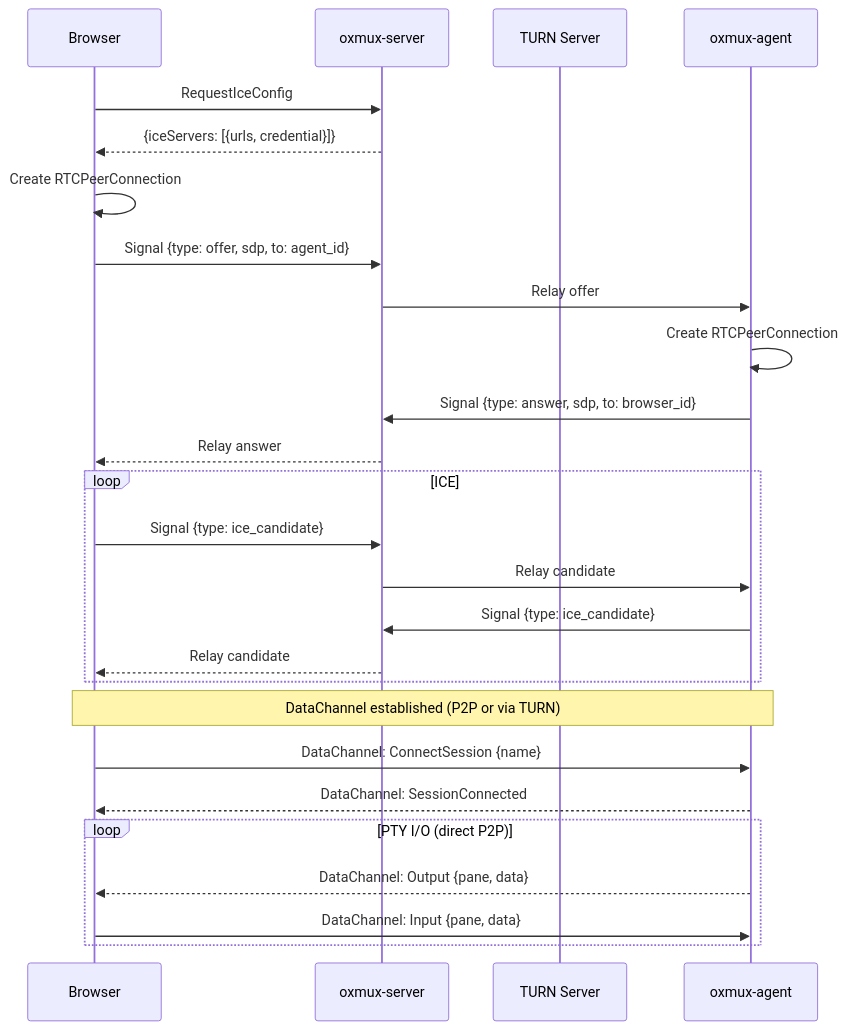
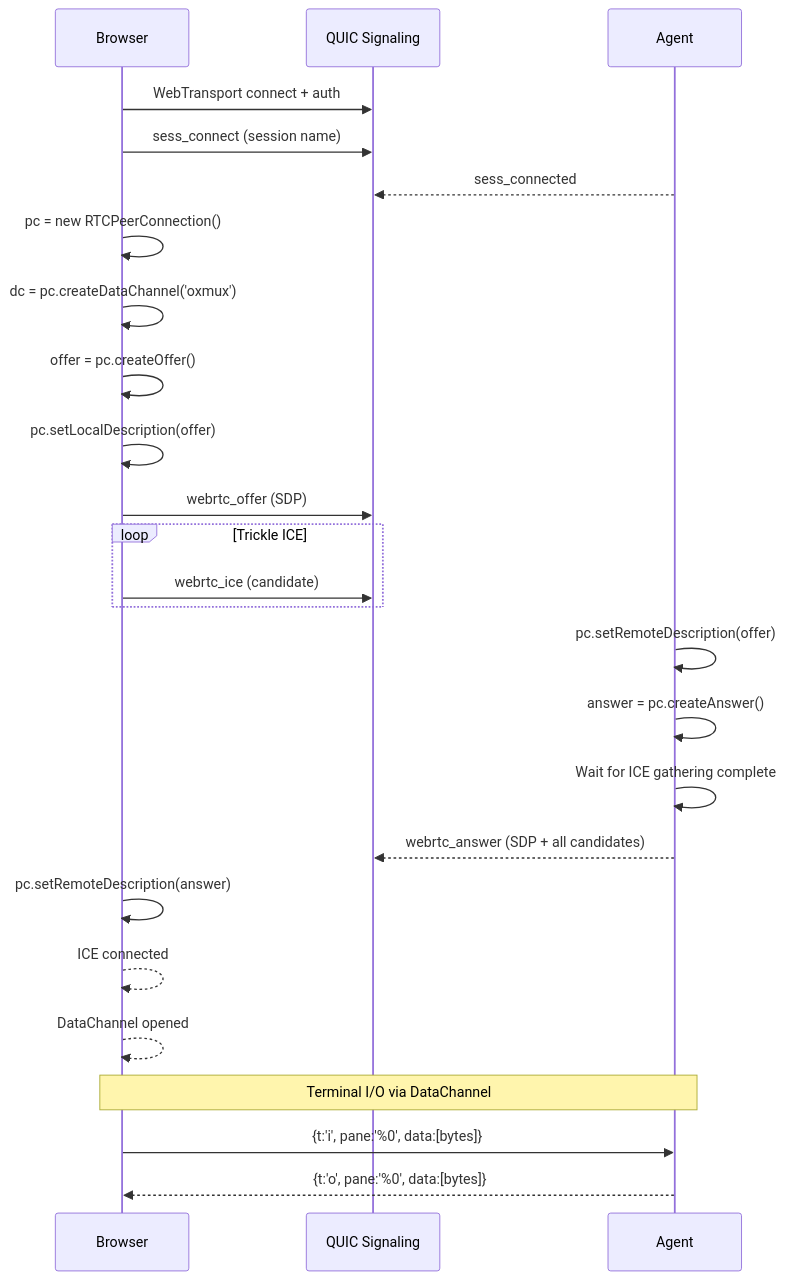
The third of 8 diagrams in docs/architecture.md (gjovanov/oxmux), drawn with Mermaid before and after one commit. The commit also changed other lines of this file and 7 other files, not shown here.

First line of the commit message:
feat: session cleanup, encoding fix, DC backpressure, docs with Mermaid

````diff
--- a/docs/architecture.md
+++ b/docs/architecture.md
@@ -206,34 +87,34 @@
 ```mermaid
 sequenceDiagram
     participant B as Browser
-    participant S as oxmux-server
-    participant T as TURN Server
-    participant A as oxmux-agent
+    participant Q as QUIC Signaling
+    participant A as Agent
 
-    B->>S: RequestIceConfig
-    S-->>B: {iceServers: [{urls, credential}]}
+    B->>Q: WebTransport connect + auth
+    B->>Q: sess_connect (session name)
+    A-->>Q: sess_connected
 
-    B->>B: Create RTCPeerConnection
-    B->>S: Signal {type: offer, sdp, to: agent_id}
-    S->>A: Relay offer
-    A->>A: Create RTCPeerConnection
-    A->>S: Signal {type: answer, sdp, to: browser_id}
-    S-->>B: Relay answer
+    B->>B: pc = new RTCPeerConnection()
+    B->>B: dc = pc.createDataChannel('oxmux')
+    B->>B: offer = pc.createOffer()
+    B->>B: pc.setLocalDescription(offer)
 
-    loop ICE
-        B->>S: Signal {type: ice_candidate}
-        S->>A: Relay candidate
-        A->>S: Signal {type: ice_candidate}
-        S-->>B: Relay candidate
+    B->>Q: webrtc_offer (SDP)
+
+    loop Trickle ICE
+        B->>Q: webrtc_ice (candidate)
     end
 
-    Note over B,A: DataChannel established (P2P or via TURN)
+    A->>A: pc.setRemoteDescription(offer)
+    A->>A: answer = pc.createAnswer()
+    A->>A: Wait for ICE gathering complete
+    A-->>Q: webrtc_answer (SDP + all candidates)
 
-    B->>A: DataChannel: ConnectSession {name}
-    A-->>B: DataChannel: SessionConnected
+    B->>B: pc.setRemoteDescription(answer)
+    B-->>B: ICE connected
+    B-->>B: DataChannel opened
 
-    loop PTY I/O (direct P2P)
-        A-->>B: DataChannel: Output {pane, data}
-        B->>A: DataChannel: Input {pane, data}
-    end
+    Note over B,A: Terminal I/O via DataChannel
+    B->>A: {t:'i', pane:'%0', data:[bytes]}
+    A-->>B: {t:'o', pane:'%0', data:[bytes]}
 ```
````
